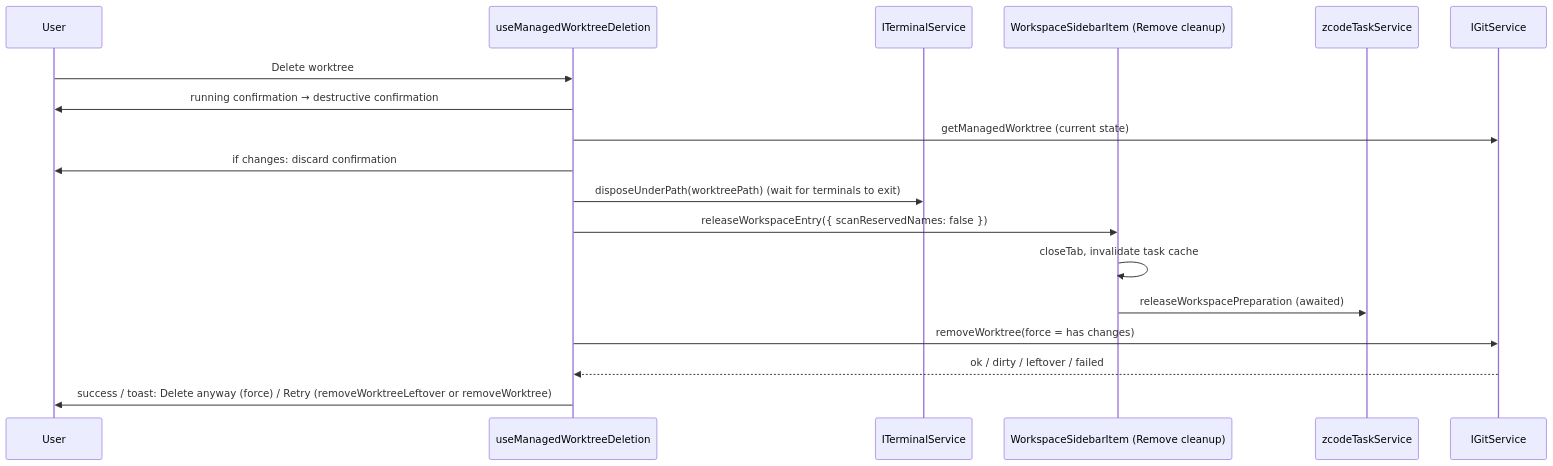
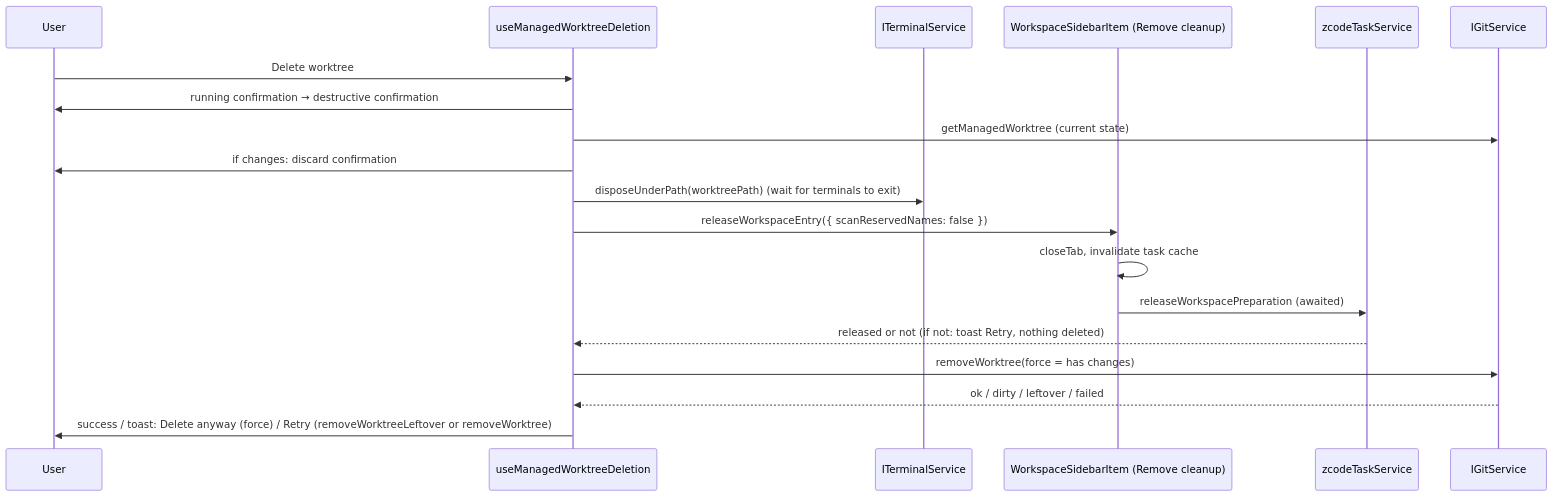
The first of 2 diagrams in docs/specs/git-worktree-task.en.md (jptorres26/ZCode), drawn with Mermaid before and after one commit. The commit also changed other lines of this file and 8 other files, not shown here.

````diff
--- a/docs/specs/git-worktree-task.en.md
+++ b/docs/specs/git-worktree-task.en.md
@@ -132,20 +140,21 @@
 ```mermaid
 sequenceDiagram
   participant U as User
   participant H as useManagedWorktreeDeletion
   participant T as ITerminalService
   participant S as WorkspaceSidebarItem (Remove cleanup)
   participant R as zcodeTaskService
   participant G as IGitService
   U->>H: Delete worktree
   H->>U: running confirmation → destructive confirmation
   H->>G: getManagedWorktree (current state)
   H->>U: if changes: discard confirmation
   H->>T: disposeUnderPath(worktreePath) (wait for terminals to exit)
   H->>S: releaseWorkspaceEntry({ scanReservedNames: false })
   S->>S: closeTab, invalidate task cache
   S->>R: releaseWorkspacePreparation (awaited)
+  R-->>H: released or not (if not: toast Retry, nothing deleted)
   H->>G: removeWorktree(force = has changes)
   G-->>H: ok / dirty / leftover / failed
   H->>U: success / toast: Delete anyway (force) / Retry (removeWorktreeLeftover or removeWorktree)
 ```
````
